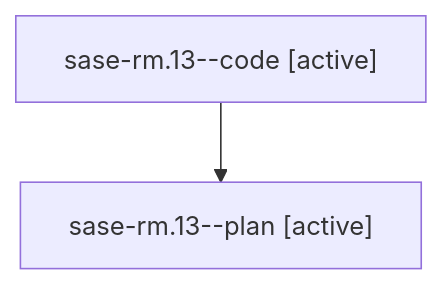
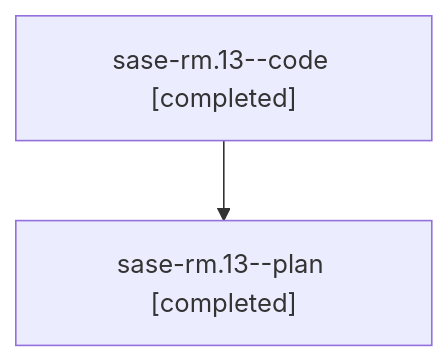
One commit to sase-org/sase--agents changed the diagram in families/bbugyi200.athena.sase-rm.13.md. Above: the diagram before and after it, drawn with Mermaid. The commit also changed other lines of this file and 55 other files, not shown here.

````diff
--- a/families/bbugyi200.athena.sase-rm.13.md
+++ b/families/bbugyi200.athena.sase-rm.13.md
@@ -9,6 +9,6 @@
 ```mermaid
 flowchart TD
-  n0["sase-rm.13--code [active]"]
-  n1["sase-rm.13--plan [active]"]
+  n0["sase-rm.13--code [completed]"]
+  n1["sase-rm.13--plan [completed]"]
   n0 --> n1
 ```
````
